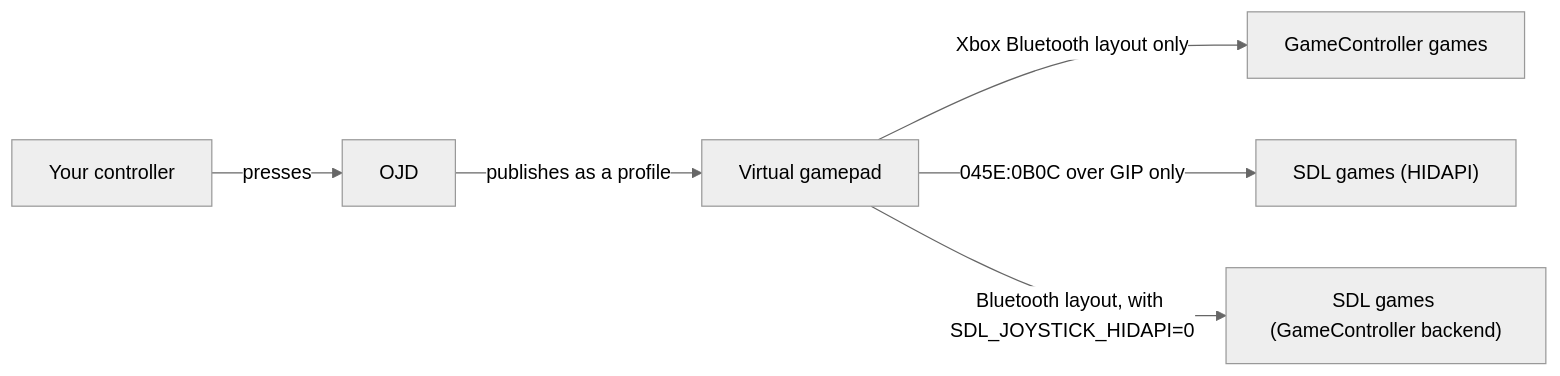
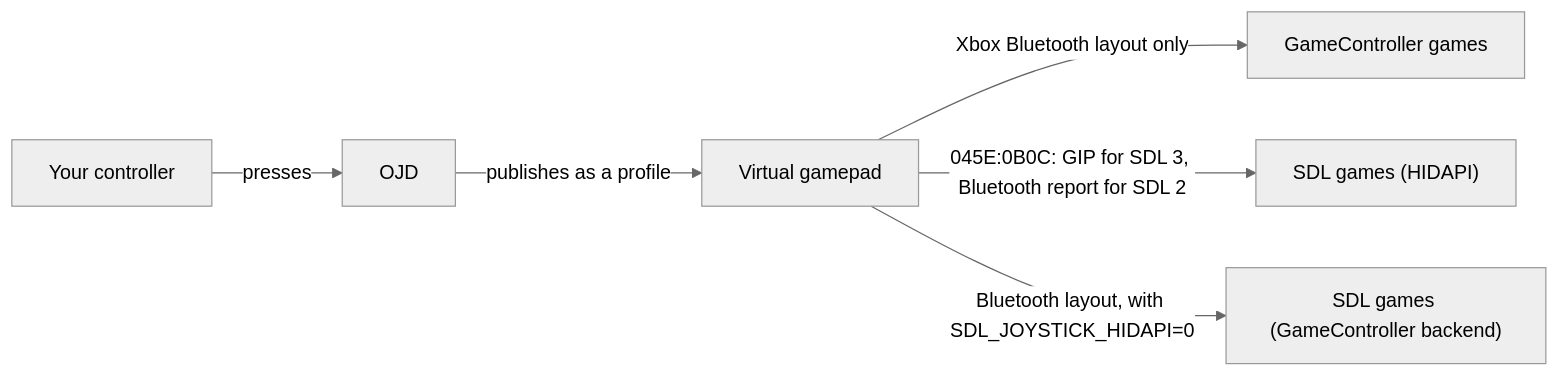
The diagram in docs/development/virtual-profile-selection.md (xsyetopz/OpenJoystickDriver), drawn with Mermaid (neutral theme) before and after one commit. The commit also changed other lines of this file and 15 other files, not shown here.

First line of the commit message:
fix(virtual): read SDLCompatible in SDL 2 through a mirrored Bluetooth report

````diff
--- a/docs/development/virtual-profile-selection.md
+++ b/docs/development/virtual-profile-selection.md
@@ -5,8 +5,8 @@
 ```mermaid
 flowchart LR
     p["Your controller"] -->|"presses"| o["OJD"]
     o -->|"publishes as a profile"| v["Virtual gamepad"]
     v -->|"Xbox Bluetooth layout only"| gc["GameController games"]
-    v -->|"045E:0B0C over GIP only"| sdl["SDL games (HIDAPI)"]
+    v -->|"045E:0B0C: GIP for SDL 3, Bluetooth report for SDL 2"| sdl["SDL games (HIDAPI)"]
     v -->|"Bluetooth layout, with SDL_JOYSTICK_HIDAPI=0"| sdl2["SDL games (GameController backend)"]
 ```
````
